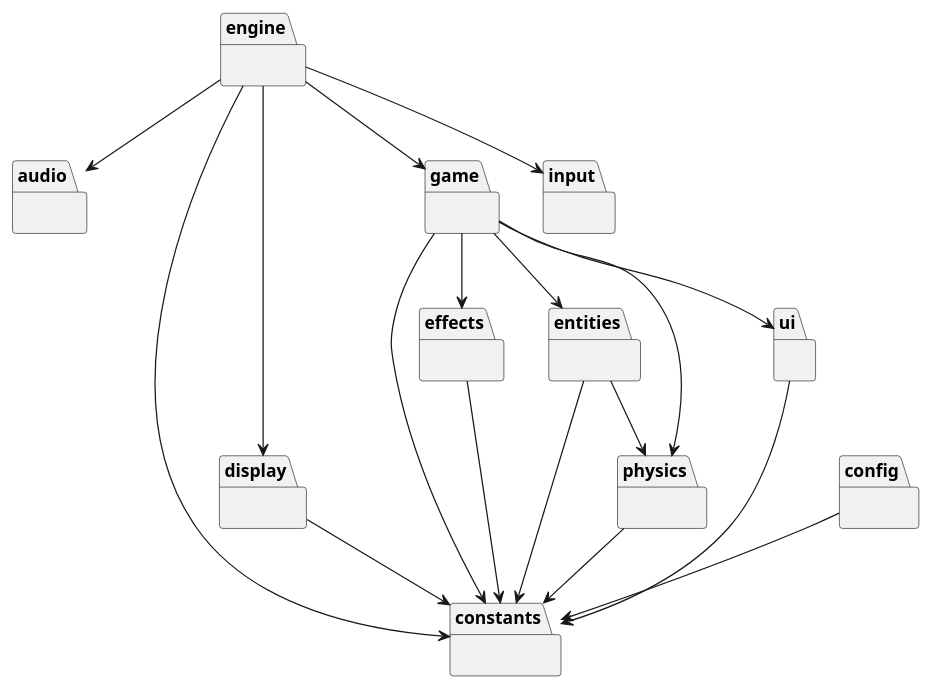
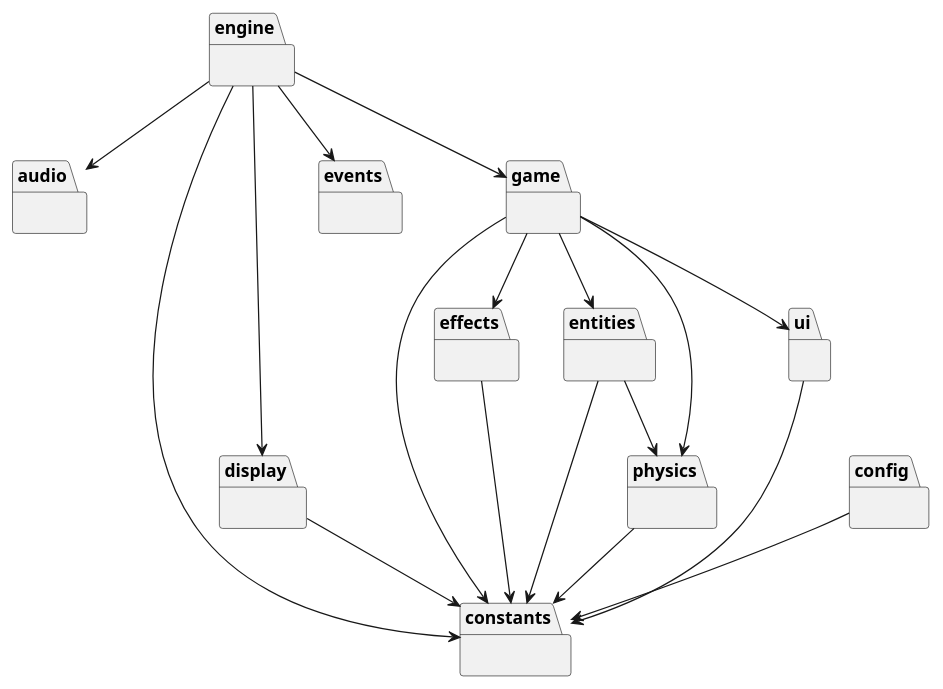
One commit to EthanAbner/TAC-III-Pinball changed the diagram in docs/packages_game.puml. Above: the diagram before and after it, drawn with PlantUML. The commit also changed 6 other files, not shown here.

First line of the commit message:
Regenerar diagramas de pacotes e classes

```diff
--- a/docs/packages_game.puml
+++ b/docs/packages_game.puml
@@ -1,30 +1,30 @@
 @startuml
 package audio {}
 package config {}
 package constants {}
 package display {}
 package effects {}
 package engine {}
 package entities {}
+package events {}
 package game {}
-package input {}
 package physics {}
 package ui {}
+engine --> audio
+engine --> constants
+engine --> display
+engine --> events
+engine --> game
 display --> constants
 game --> constants
 game --> effects
 game --> entities
 game --> physics
 game --> ui
-engine --> audio
-engine --> constants
-engine --> display
-engine --> game
-engine --> input
-effects --> constants
-ui --> constants
-physics --> constants
-config --> constants
 entities --> constants
 entities --> physics
+ui --> constants
+effects --> constants
+config --> constants
+physics --> constants
 @enduml
```
